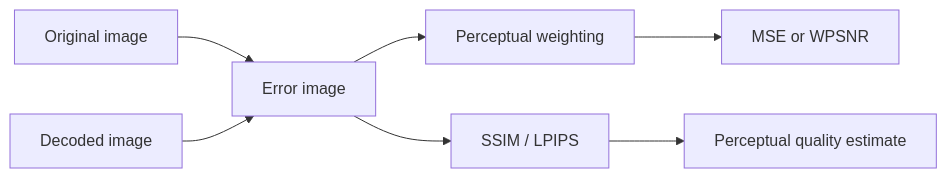
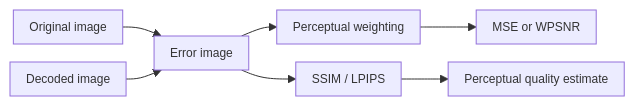
Before and after one commit to alessandro-vulcu-code/ICT2025: the second of 31 diagrams in First Year/Second Semester/Multimedia Communications/Summaries/Multimedia Communications - Complete Notes.md, drawn with Mermaid. The commit also changed other lines of this file and 582 other files, not shown here.

````diff
--- a/First Year/Second Semester/Multimedia Communications/Summaries/Multimedia Communications - Complete Notes.md
+++ b/First Year/Second Semester/Multimedia Communications/Summaries/Multimedia Communications - Complete Notes.md
@@ -424,9 +441,10 @@
 ```mermaid
+%%{init: {"flowchart": {"useMaxWidth": true, "htmlLabels": false, "nodeSpacing": 18, "rankSpacing": 28, "padding": 8}, "themeVariables": {"fontSize": "12px"}}}%%
 flowchart LR
-    A[Original image] --> C[Error image]
-    B[Decoded image] --> C
-    C --> D[Perceptual weighting]
-    D --> E[MSE or WPSNR]
-    C --> F[SSIM / LPIPS]
-    F --> G[Perceptual quality estimate]
+    A["Original image"] --> C["Error image"]
+    B["Decoded image"] --> C
+    C --> D["Perceptual weighting"]
+    D --> E["MSE or WPSNR"]
+    C --> F["SSIM / LPIPS"]
+    F --> G["Perceptual quality estimate"]
 ```
````
